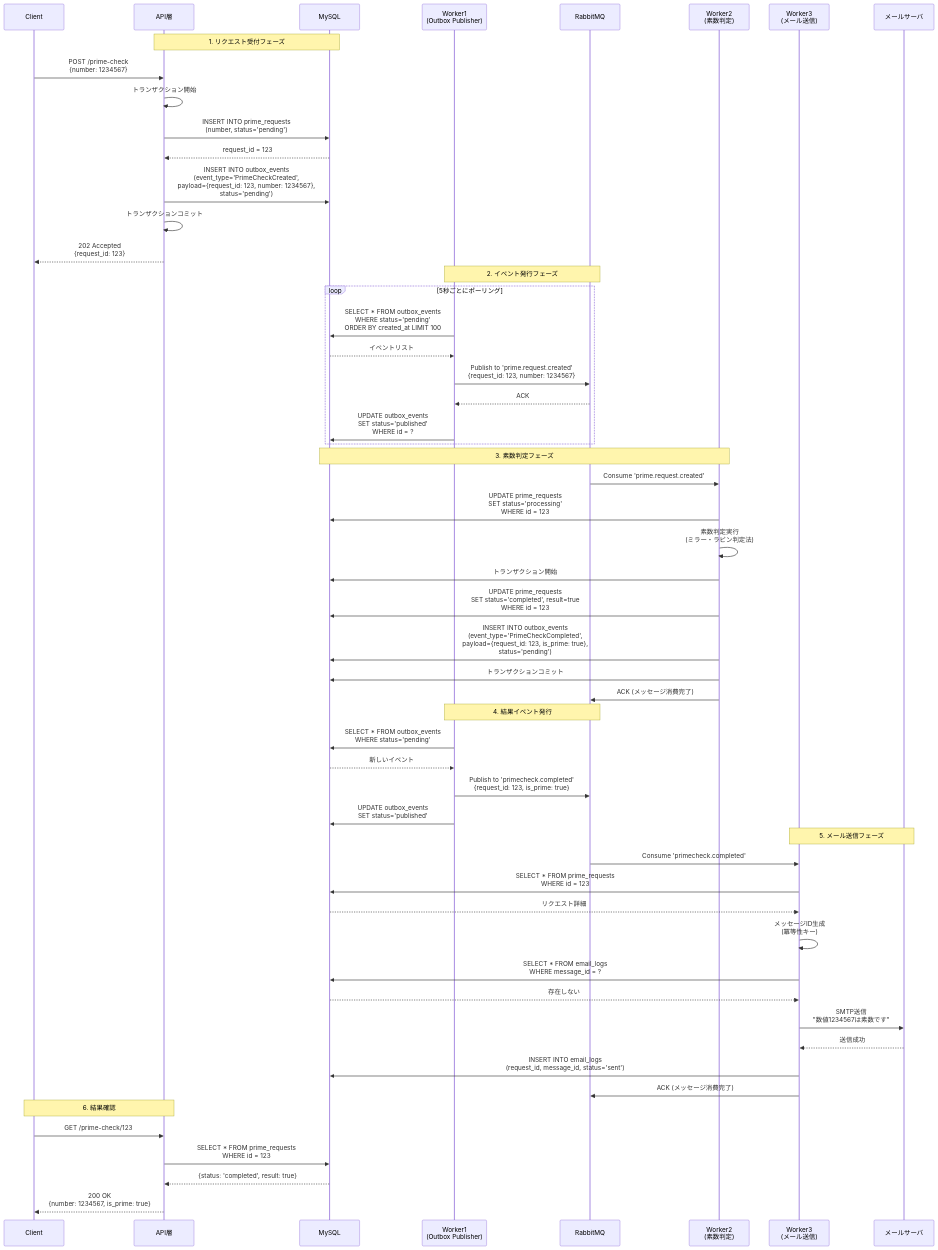
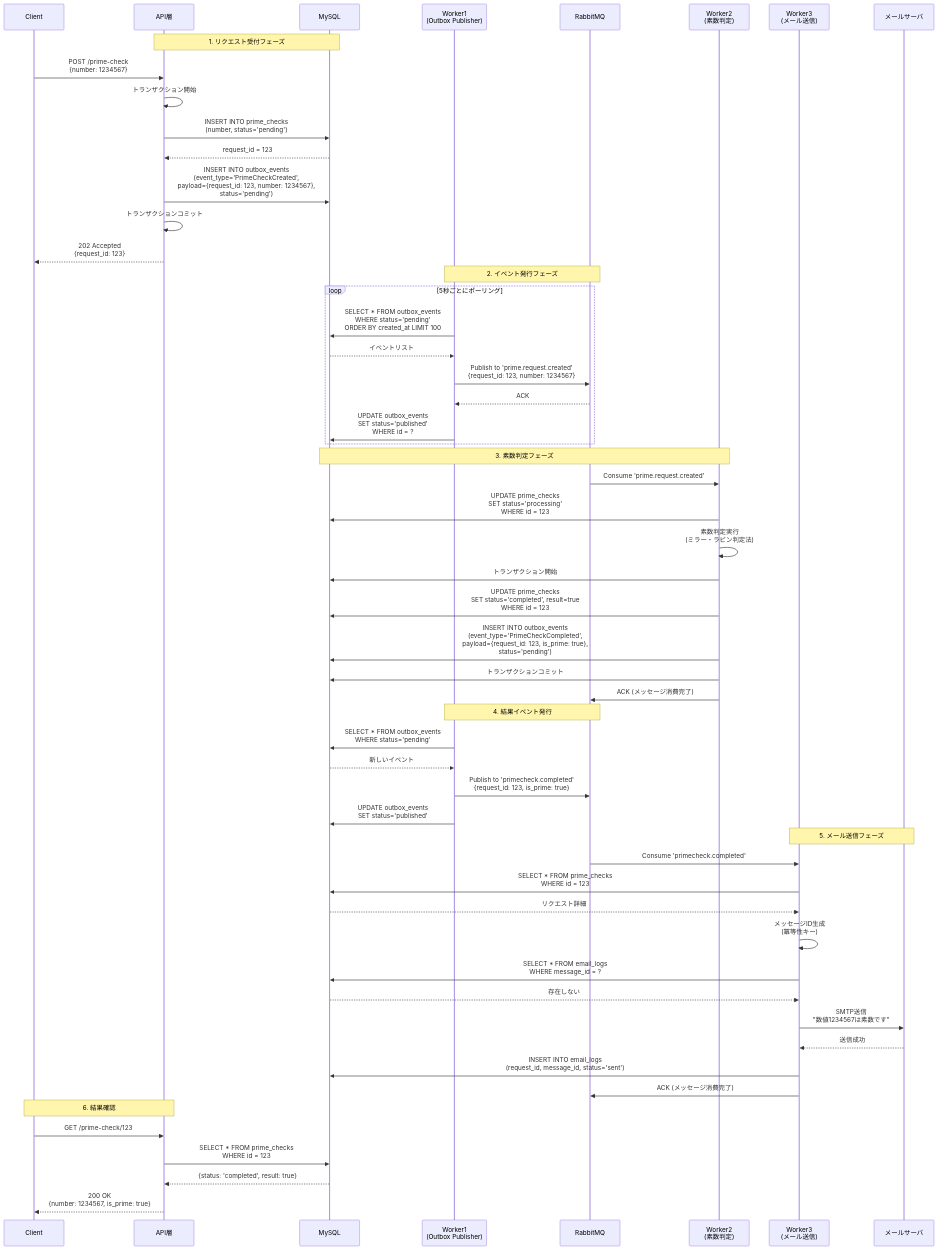
The diagram in sequenceDiagram.md (ponyo877/prime-checker), drawn with Mermaid before and after one commit. The commit also changed 26 other files, not shown here.

````diff
--- a/sequenceDiagram.md
+++ b/sequenceDiagram.md
@@ -1,63 +1,63 @@
 ```mermaid
 sequenceDiagram
     participant Client
     participant API as API層
     participant DB as MySQL
     participant Worker1 as Worker1<br/>(Outbox Publisher)
     participant MQ as RabbitMQ
     participant Worker2 as Worker2<br/>(素数判定)
     participant Worker3 as Worker3<br/>(メール送信)
     participant Mail as メールサーバ
 
     Note over API,DB: 1. リクエスト受付フェーズ
     Client->>API: POST /prime-check<br/>{number: 1234567}
     API->>API: トランザクション開始
-    API->>DB: INSERT INTO prime_requests<br/>(number, status='pending')
+    API->>DB: INSERT INTO prime_checks<br/>(number, status='pending')
     DB-->>API: request_id = 123
     API->>DB: INSERT INTO outbox_events<br/>(event_type='PrimeCheckCreated',<br/>payload={request_id: 123, number: 1234567},<br/>status='pending')
     API->>API: トランザクションコミット
     API-->>Client: 202 Accepted<br/>{request_id: 123}
 
     Note over Worker1,MQ: 2. イベント発行フェーズ
     loop 5秒ごとにポーリング
         Worker1->>DB: SELECT * FROM outbox_events<br/>WHERE status='pending'<br/>ORDER BY created_at LIMIT 100
         DB-->>Worker1: イベントリスト
         Worker1->>MQ: Publish to 'prime.request.created'<br/>{request_id: 123, number: 1234567}
         MQ-->>Worker1: ACK
         Worker1->>DB: UPDATE outbox_events<br/>SET status='published'<br/>WHERE id = ?
     end
 
     Note over Worker2,DB: 3. 素数判定フェーズ
     MQ->>Worker2: Consume 'prime.request.created'
-    Worker2->>DB: UPDATE prime_requests<br/>SET status='processing'<br/>WHERE id = 123
+    Worker2->>DB: UPDATE prime_checks<br/>SET status='processing'<br/>WHERE id = 123
     Worker2->>Worker2: 素数判定実行<br/>(ミラー・ラビン判定法)
     Worker2->>DB: トランザクション開始
-    Worker2->>DB: UPDATE prime_requests<br/>SET status='completed', result=true<br/>WHERE id = 123
+    Worker2->>DB: UPDATE prime_checks<br/>SET status='completed', result=true<br/>WHERE id = 123
     Worker2->>DB: INSERT INTO outbox_events<br/>(event_type='PrimeCheckCompleted',<br/>payload={request_id: 123, is_prime: true},<br/>status='pending')
     Worker2->>DB: トランザクションコミット
     Worker2->>MQ: ACK (メッセージ消費完了)
 
     Note over Worker1,MQ: 4. 結果イベント発行
     Worker1->>DB: SELECT * FROM outbox_events<br/>WHERE status='pending'
     DB-->>Worker1: 新しいイベント
     Worker1->>MQ: Publish to 'primecheck.completed'<br/>{request_id: 123, is_prime: true}
     Worker1->>DB: UPDATE outbox_events<br/>SET status='published'
 
     Note over Worker3,Mail: 5. メール送信フェーズ
     MQ->>Worker3: Consume 'primecheck.completed'
-    Worker3->>DB: SELECT * FROM prime_requests<br/>WHERE id = 123
+    Worker3->>DB: SELECT * FROM prime_checks<br/>WHERE id = 123
     DB-->>Worker3: リクエスト詳細
     Worker3->>Worker3: メッセージID生成<br/>(冪等性キー)
     Worker3->>DB: SELECT * FROM email_logs<br/>WHERE message_id = ?
     DB-->>Worker3: 存在しない
     Worker3->>Mail: SMTP送信<br/>"数値1234567は素数です"
     Mail-->>Worker3: 送信成功
     Worker3->>DB: INSERT INTO email_logs<br/>(request_id, message_id, status='sent')
     Worker3->>MQ: ACK (メッセージ消費完了)
 
     Note over Client,API: 6. 結果確認
     Client->>API: GET /prime-check/123
-    API->>DB: SELECT * FROM prime_requests<br/>WHERE id = 123
+    API->>DB: SELECT * FROM prime_checks<br/>WHERE id = 123
     DB-->>API: {status: 'completed', result: true}
     API-->>Client: 200 OK<br/>{number: 1234567, is_prime: true}
 ```
````
